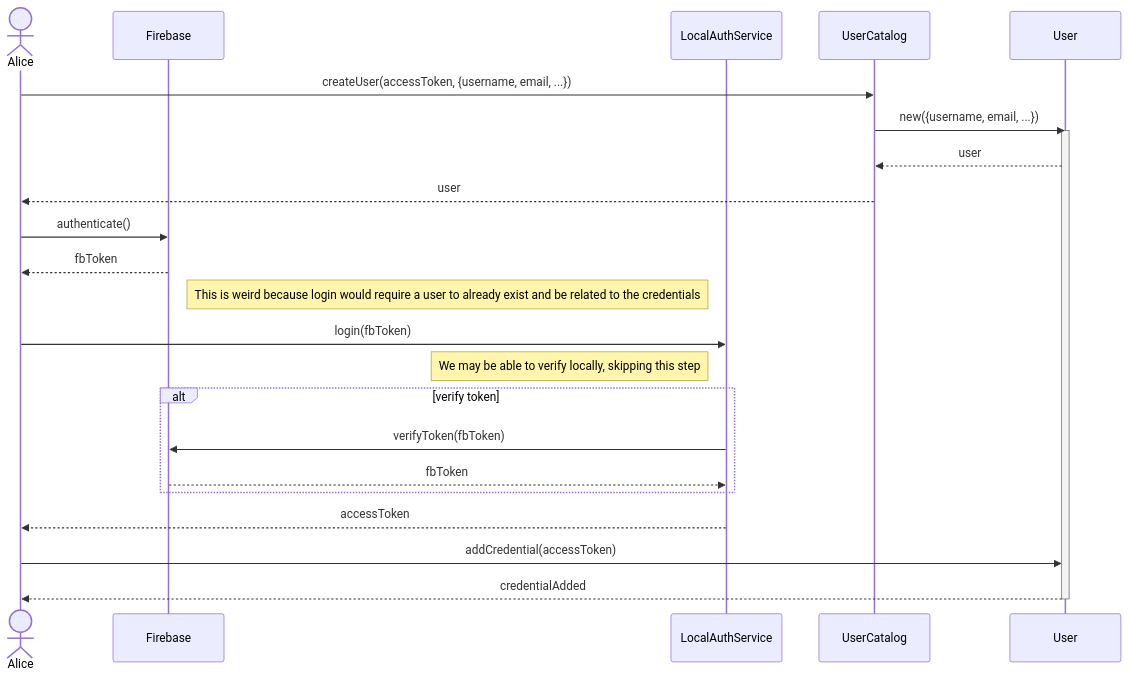
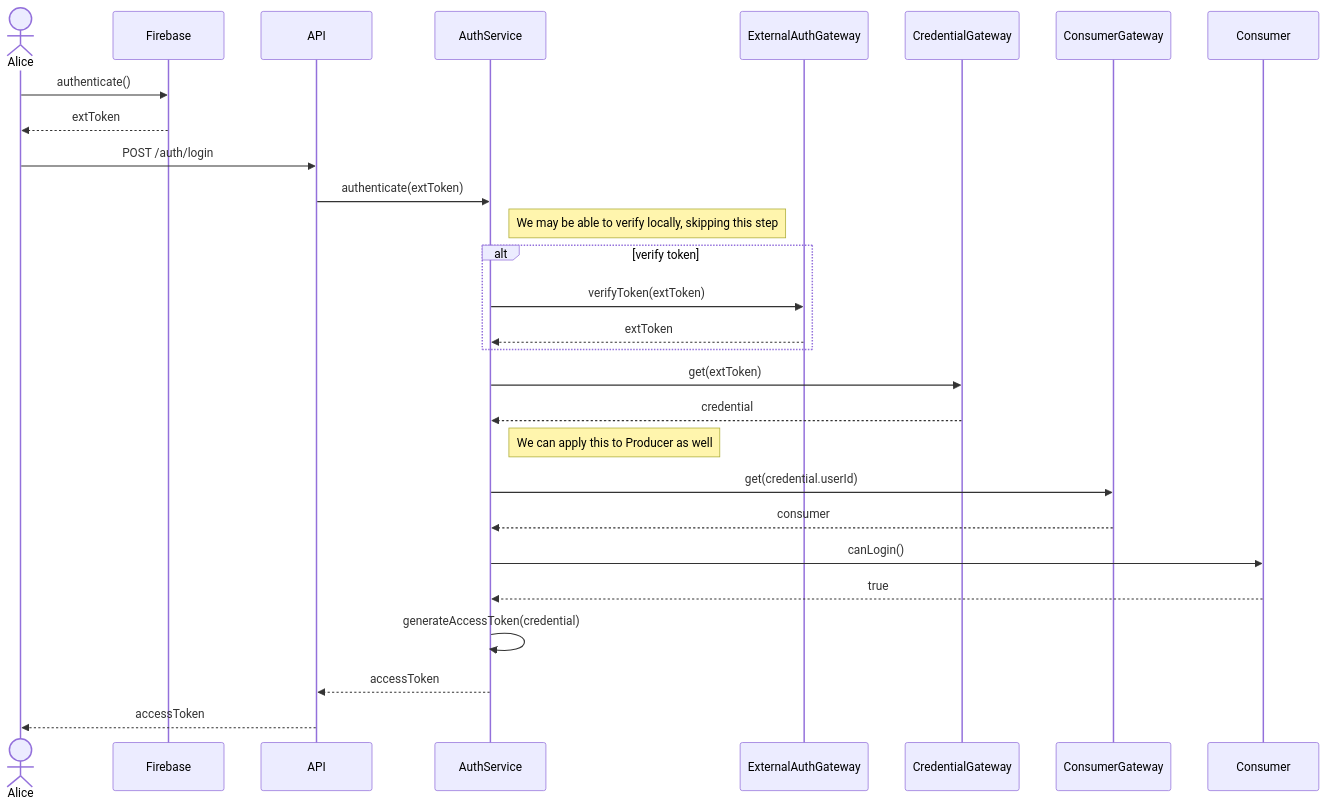
The eighth of 32 diagrams in sequence.md (hivetown/planning), drawn with Mermaid before and after one commit. The commit also changed other lines of this file, not shown here.

````diff
--- a/sequence.md
+++ b/sequence.md
@@ -190,27 +237,37 @@
 ```mermaid
 sequenceDiagram
     actor A as Alice
     participant F as Firebase
-    participant Au as LocalAuthService
-    participant UC as UserCatalog
-    participant U as User
+    participant API
+    participant Au as AuthService
+    participant EAu as ExternalAuthGateway
+    participant CredG as CredentialGateway
+    participant CG as ConsumerGateway
+    participant C as Consumer
 
-    A ->> UC: createUser(accessToken, {username, email, ...})
-    UC ->> U: new({username, email, ...})
-    activate U
-    U -->> UC: user
-    UC -->> A: user
     A ->> F: authenticate()
-    F -->> A: fbToken
-    Note left of Au: This is weird because login would require a user to already exist and be related to the credentials
-    A ->> Au: login(fbToken)
-    Note left of Au: We may be able to verify locally, skipping this step
+    F -->> A: extToken
+
+    A ->> API: POST /auth/login
+    API ->> Au: authenticate(extToken)
+
+    Note right of Au: We may be able to verify locally, skipping this step
     alt verify token
-        Au ->> F: verifyToken(fbToken)
-        F -->> Au: fbToken
+        Au ->> EAu: verifyToken(extToken)
+        EAu -->> Au: extToken
     end
-    Au -->> A: accessToken
-    A ->> U: addCredential(accessToken)
-    U -->> A: credentialAdded
-    deactivate U
+
+    Au ->> CredG: get(extToken)
+    CredG -->> Au: credential
+
+    Note right of Au: We can apply this to Producer as well
+    Au ->> CG: get(credential.userId)
+    CG -->> Au: consumer
+
+    Au ->> C: canLogin()
+    C -->> Au: true
+
+    Au ->> Au: generateAccessToken(credential)
+    Au -->> API: accessToken
+    API -->> A: accessToken    
 ```
````
